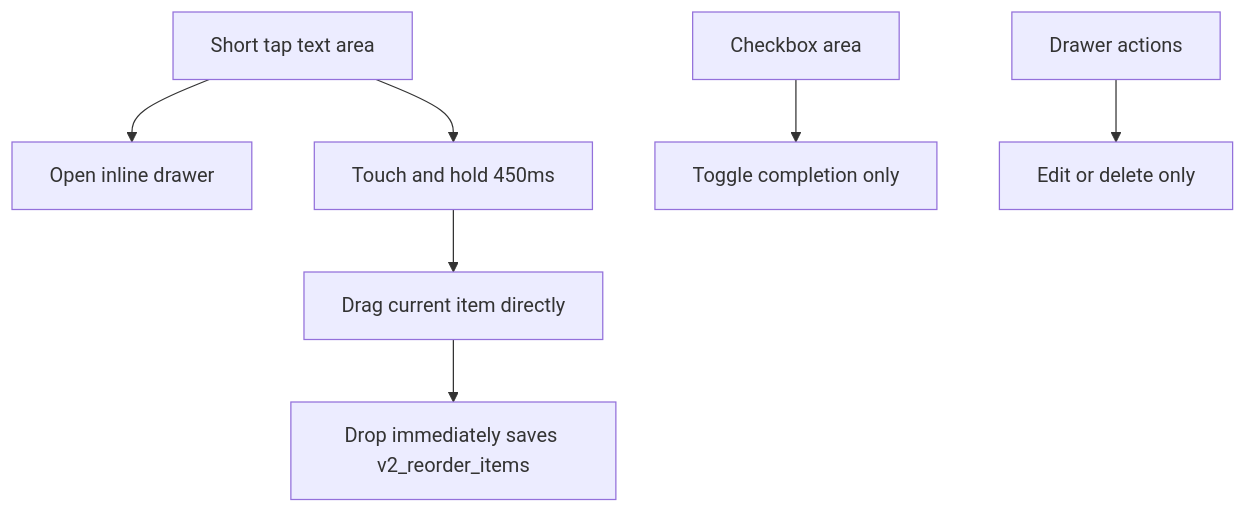
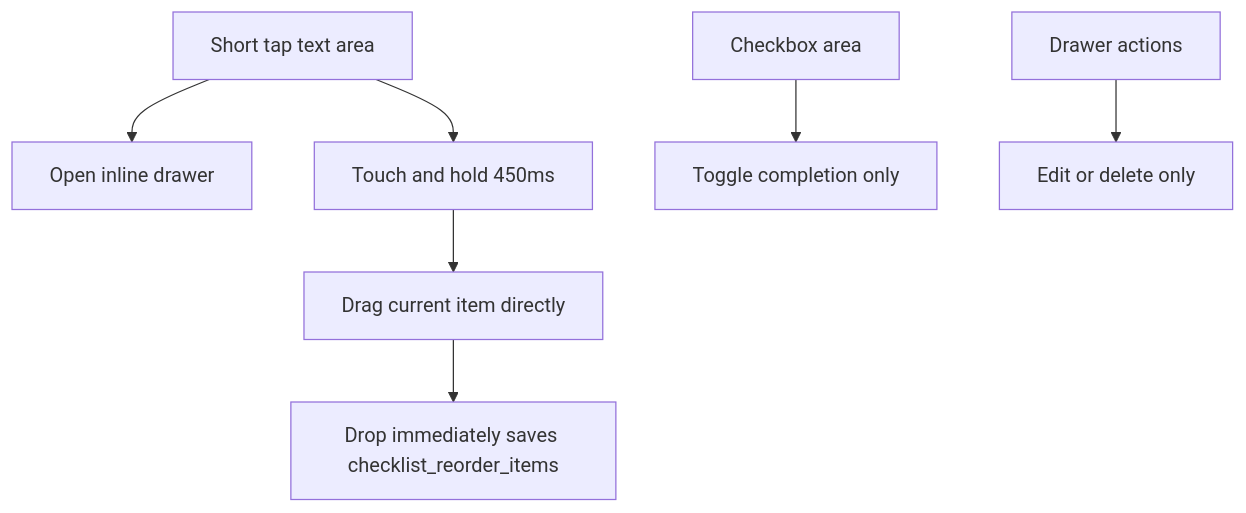
One commit to U-Keun/Tickly changed the diagram in docs/rebuild-notes/005-item-reorder-direction.md. Above: the diagram before and after it, drawn with Mermaid. The commit also changed 28 other files, not shown here.

````diff
--- a/docs/rebuild-notes/005-item-reorder-direction.md
+++ b/docs/rebuild-notes/005-item-reorder-direction.md
@@ -11,9 +11,9 @@
 ```mermaid
 flowchart TB
   Text["Short tap text area"] --> Drawer["Open inline drawer"]
   Text --> Hold["Touch and hold 450ms"]
   Hold --> Drag["Drag current item directly"]
-  Drag --> Save["Drop immediately saves v2_reorder_items"]
+  Drag --> Save["Drop immediately saves checklist_reorder_items"]
   Checkbox["Checkbox area"] --> Toggle["Toggle completion only"]
   DrawerActions["Drawer actions"] --> Action["Edit or delete only"]
 ```
````
